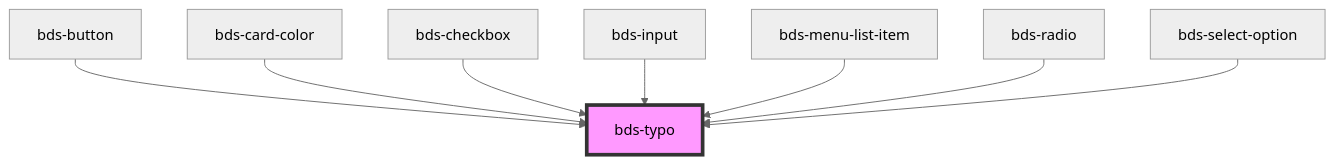
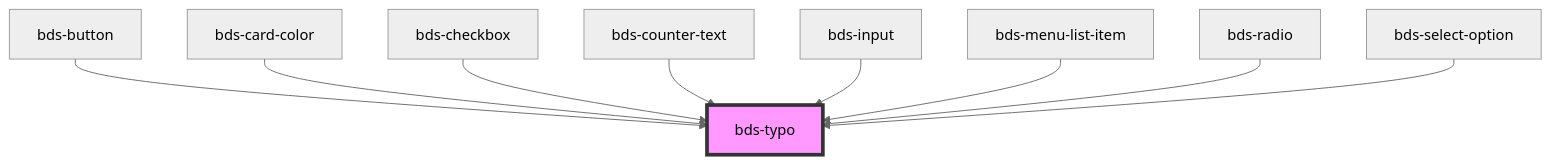
Before and after one commit to takenet/blip-ds: the diagram in src/components/typo/readme.md, drawn with Mermaid (neutral theme). The commit also changed other lines of this file and 11 other files, not shown here.

````diff
--- a/src/components/typo/readme.md
+++ b/src/components/typo/readme.md
@@ -34,11 +35,12 @@
 ```mermaid
 graph TD;
   bds-button --> bds-typo
   bds-card-color --> bds-typo
   bds-checkbox --> bds-typo
+  bds-counter-text --> bds-typo
   bds-input --> bds-typo
   bds-menu-list-item --> bds-typo
   bds-radio --> bds-typo
   bds-select-option --> bds-typo
   style bds-typo fill:#f9f,stroke:#333,stroke-width:4px
 ```
````
